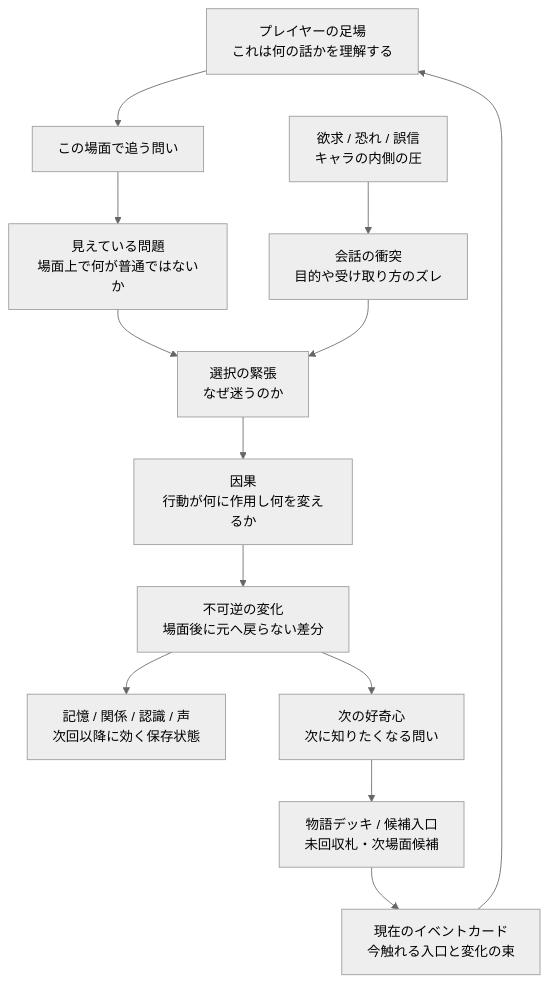
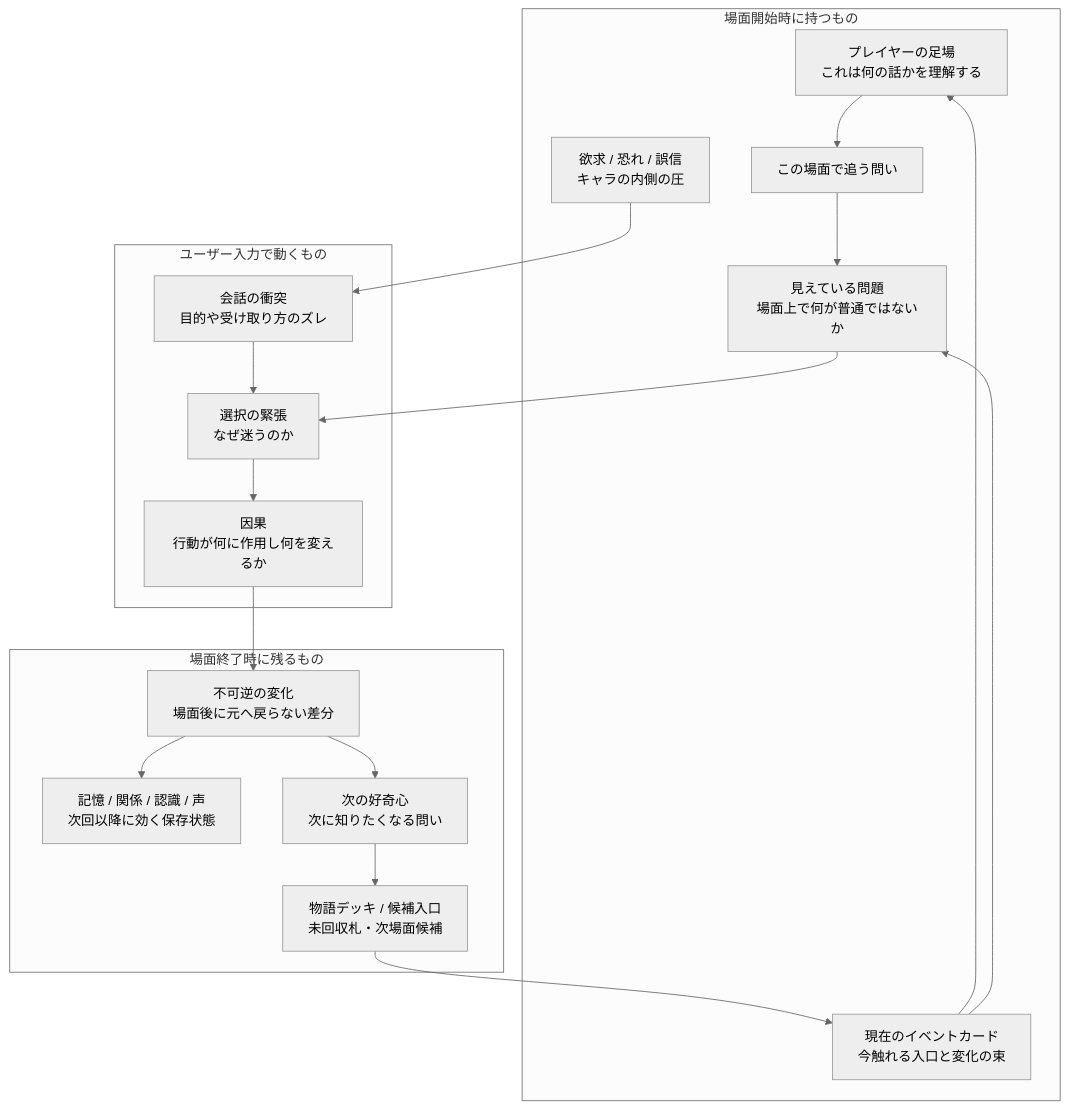
The third of 8 diagrams in docs/visual/lilia_story_engine_map.md (kh1985/LILIA), drawn with Mermaid (neutral theme) before and after one commit. The commit also changed other lines of this file and 1 other file, not shown here.

Commit message:
Clarify story engine architecture TODO

````diff
--- a/docs/visual/lilia_story_engine_map.md
+++ b/docs/visual/lilia_story_engine_map.md
@@ -52,28 +56,37 @@
 ```mermaid
 graph TD
-  PO["プレイヤーの足場<br/>これは何の話かを理解する"]
-  DQ["この場面で追う問い"]
-  VP["見えている問題<br/>場面上で何が普通ではないか"]
-  WFM["欲求 / 恐れ / 誤信<br/>キャラの内側の圧"]
-  DC["会話の衝突<br/>目的や受け取り方のズレ"]
-  CT["選択の緊張<br/>なぜ迷うのか"]
-  CAU["因果<br/>行動が何に作用し何を変えるか"]
-  DELTA["不可逆の変化<br/>場面後に元へ戻らない差分"]
-  MRBV["記憶 / 関係 / 認識 / 声<br/>次回以降に効く保存状態"]
-  NC["次の好奇心<br/>次に知りたくなる問い"]
-  SDCH["物語デッキ / 候補入口<br/>未回収札・次場面候補"]
-  AEC["現在のイベントカード<br/>今触れる入口と変化の束"]
+  subgraph START["場面開始時に持つもの"]
+    PO["プレイヤーの足場<br/>これは何の話かを理解する"]
+    DQ["この場面で追う問い"]
+    VP["見えている問題<br/>場面上で何が普通ではないか"]
+    WFM["欲求 / 恐れ / 誤信<br/>キャラの内側の圧"]
+    AEC["現在のイベントカード<br/>今触れる入口と変化の束"]
+  end
+
+  subgraph INPUT["ユーザー入力で動くもの"]
+    DC["会話の衝突<br/>目的や受け取り方のズレ"]
+    CT["選択の緊張<br/>なぜ迷うのか"]
+    CAU["因果<br/>行動が何に作用し何を変えるか"]
+  end
+
+  subgraph ENDING["場面終了時に残るもの"]
+    DELTA["不可逆の変化<br/>場面後に元へ戻らない差分"]
+    MRBV["記憶 / 関係 / 認識 / 声<br/>次回以降に効く保存状態"]
+    NC["次の好奇心<br/>次に知りたくなる問い"]
+    SDCH["物語デッキ / 候補入口<br/>未回収札・次場面候補"]
+  end
 
   PO --> DQ
   DQ --> VP
   VP --> CT
+  AEC --> PO
+  AEC --> VP
   WFM --> DC
   DC --> CT
   CT --> CAU
   CAU --> DELTA
   DELTA --> MRBV
   DELTA --> NC
   NC --> SDCH
   SDCH --> AEC
-  AEC --> PO
 ```
````
